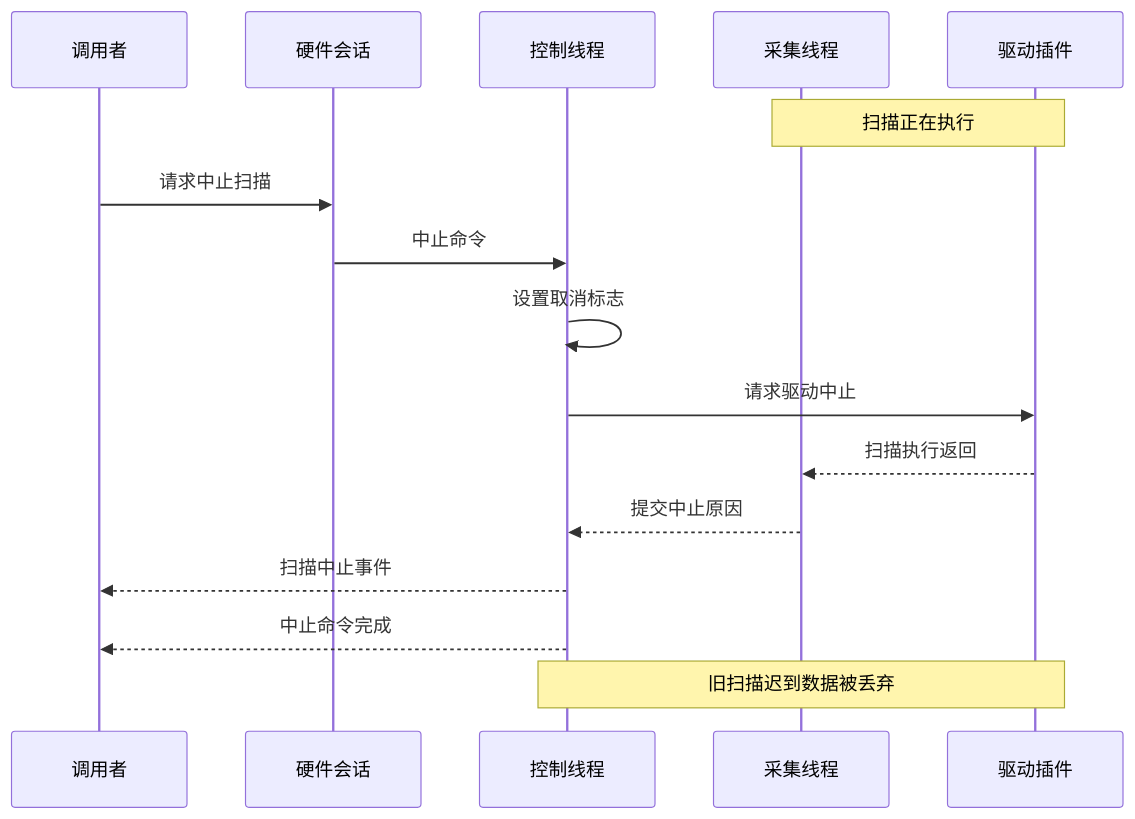
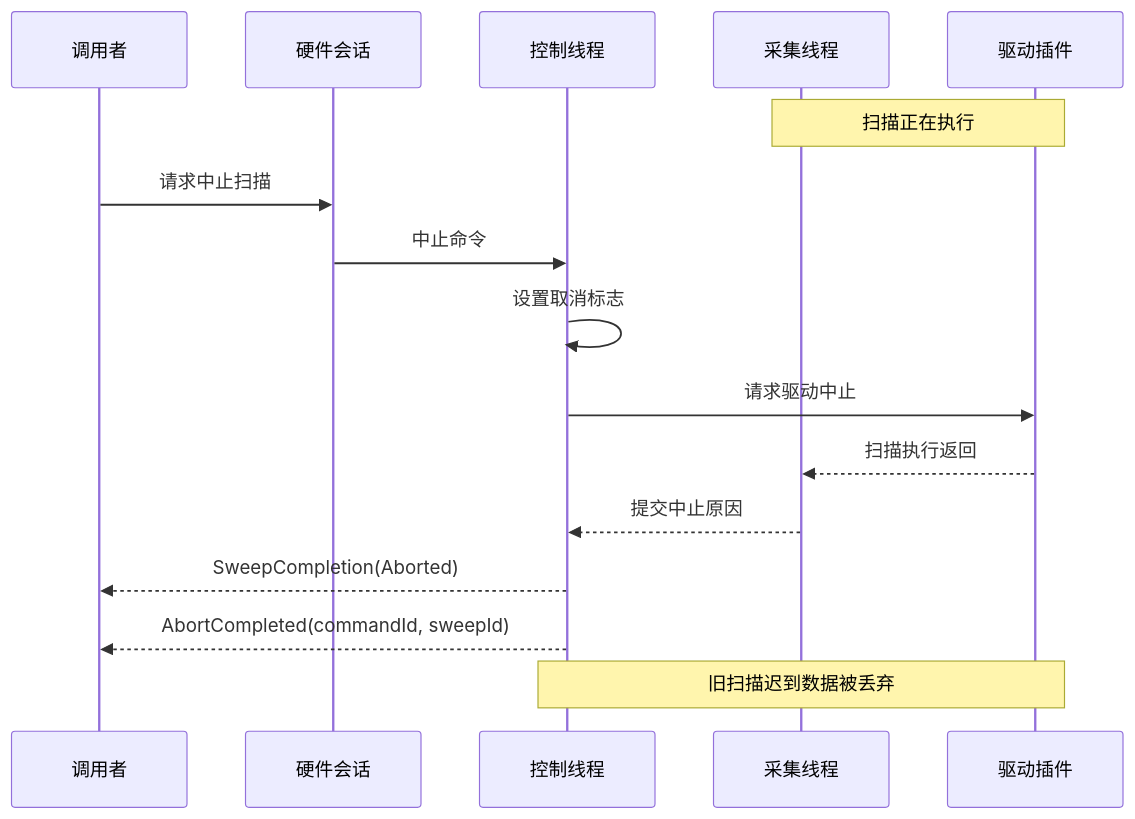
One commit to aniping/VnaPro changed the eighth of 9 diagrams in docs/硬件适配层软件设计.md. Above: the diagram before and after it, drawn with Mermaid. The commit also changed other lines of this file and 2 other files, not shown here.

````diff
--- a/docs/硬件适配层软件设计.md
+++ b/docs/硬件适配层软件设计.md
@@ -723,19 +784,19 @@
 ```mermaid
 sequenceDiagram
     participant U as 调用者
     participant H as 硬件会话
     participant C as 控制线程
     participant W as 采集线程
     participant D as 驱动插件
 
     Note over W,D: 扫描正在执行
     U->>H: 请求中止扫描
     H->>C: 中止命令
     C->>C: 设置取消标志
     C->>D: 请求驱动中止
     D-->>W: 扫描执行返回
     W-->>C: 提交中止原因
-    C-->>U: 扫描中止事件
-    C-->>U: 中止命令完成
+    C-->>U: SweepCompletion(Aborted)
+    C-->>U: AbortCompleted(commandId, sweepId)
     Note over C,D: 旧扫描迟到数据被丢弃
 ```
````
